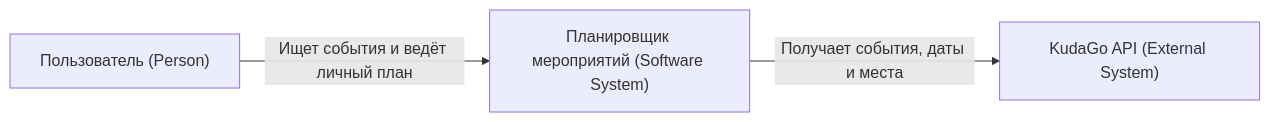
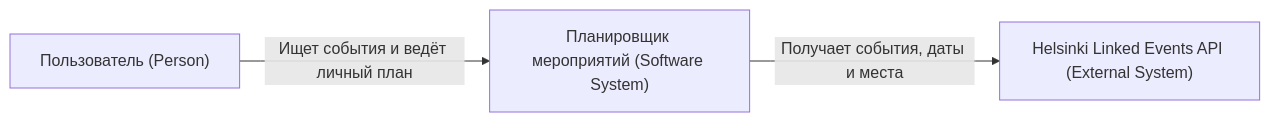
Before and after one commit to Daniil-drom/kpo-event-planner: the first of 3 diagrams in README.md, drawn with Mermaid. The commit also changed other lines of this file and 21 other files, not shown here.

````diff
--- a/README.md
+++ b/README.md
@@ -177,9 +132,9 @@
 ```mermaid
 flowchart LR
     user["Пользователь (Person)"]
     system["Планировщик мероприятий (Software System)"]
-    kudago["KudaGo API (External System)"]
+    linkedEvents["Helsinki Linked Events API (External System)"]
 
     user -->|Ищет события и ведёт личный план| system
-    system -->|Получает события, даты и места| kudago
+    system -->|Получает события, даты и места| linkedEvents
 ```
````
